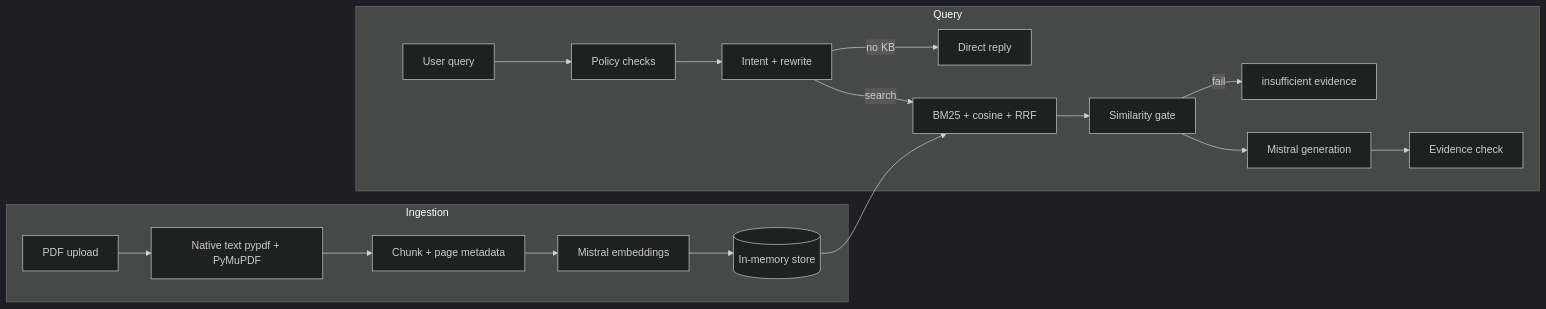
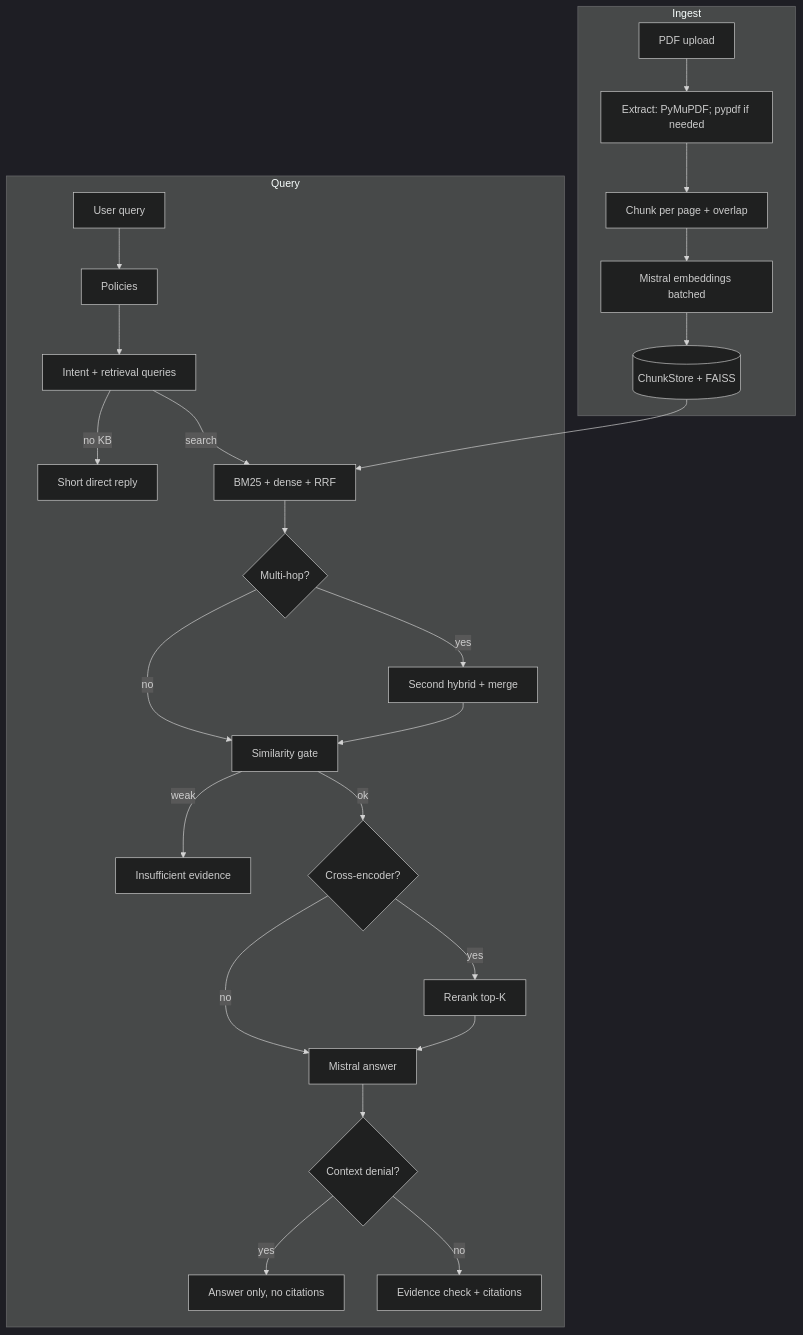
Before and after one commit to colbyesmith/RAG-Pipeline: the diagram in README.md, drawn with Mermaid (dark theme). The commit also changed other lines of this file, not shown here.

````diff
--- a/README.md
+++ b/README.md
@@ -9,20 +22,28 @@
 ```mermaid
-flowchart LR
-  subgraph ingest [Ingestion]
-    PDF[PDF upload] --> EXT[Native text pypdf + PyMuPDF]
-    EXT --> CH[Chunk + page metadata]
-    CH --> EMB[Mistral embeddings]
-    EMB --> MEM[(In-memory store)]
+flowchart TB
+  subgraph ingest [Ingest]
+    PDF[PDF upload] --> EXT[Extract: PyMuPDF; pypdf if needed]
+    EXT --> CH[Chunk per page + overlap]
+    CH --> EMB[Mistral embeddings batched]
+    EMB --> MEM[(ChunkStore + FAISS)]
   end
   subgraph query [Query]
-    Q[User query] --> POL[Policy checks]
-    POL --> INT[Intent + rewrite]
-    INT -->|no KB| R1[Direct reply]
-    INT -->|search| HY[BM25 + cosine + RRF]
-    HY --> GATE[Similarity gate]
-    GATE -->|fail| IE[insufficient evidence]
-    GATE --> GEN[Mistral generation]
-    GEN --> EV[Evidence check]
+    Q[User query] --> POL[Policies]
+    POL --> INT[Intent + retrieval queries]
+    INT -->|no KB| DIR[Short direct reply]
+    INT -->|search| HY[BM25 + dense + RRF]
+    HY --> MH{Multi-hop?}
+    MH -->|yes| HY2[Second hybrid + merge]
+    MH -->|no| GATE[Similarity gate]
+    HY2 --> GATE
+    GATE -->|weak| IE[Insufficient evidence]
+    GATE -->|ok| CE{Cross-encoder?}
+    CE -->|yes| RERANK[Rerank top-K]
+    CE -->|no| GEN[Mistral answer]
+    RERANK --> GEN
+    GEN --> DENY{Context denial?}
+    DENY -->|yes| OUT1[Answer only, no citations]
+    DENY -->|no| EV[Evidence check + citations]
   end
   MEM --> HY
 ```
````
